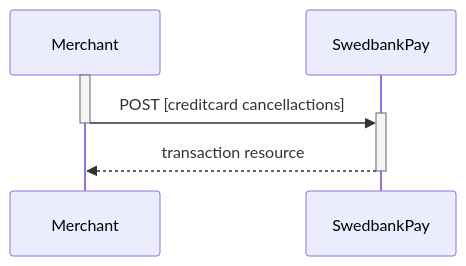
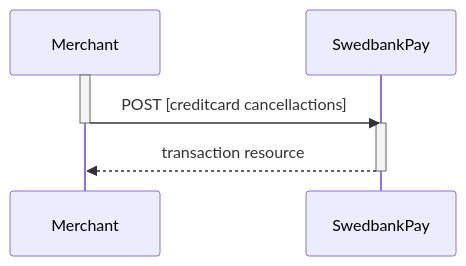
The second of 4 diagrams in payments/card/after-payment.md (SwedbankPay/developer.swedbankpay.com), drawn with Mermaid before and after one commit. The commit also changed other lines of this file and 1 other file, not shown here.

Commit message:
DX-427 Removed sections for mobile apps, payout and direct card. Header levels reorganized. Rewriting transaction sections.

````diff
--- a/payments/card/after-payment.md
+++ b/payments/card/after-payment.md
@@ -370,8 +383,7 @@
 ```mermaid
 sequenceDiagram
   activate Merchant
-  Merchant->>+SwedbankPay: POST [creditcard cancellactions]
-  deactivate Merchant
-  SwedbankPay-->>Merchant: transaction resource
-  deactivate SwedbankPay
+  Merchant->>-SwedbankPay: POST [creditcard cancellactions]
+  activate SwedbankPay
+  SwedbankPay-->>-Merchant: transaction resource
 ```
````
